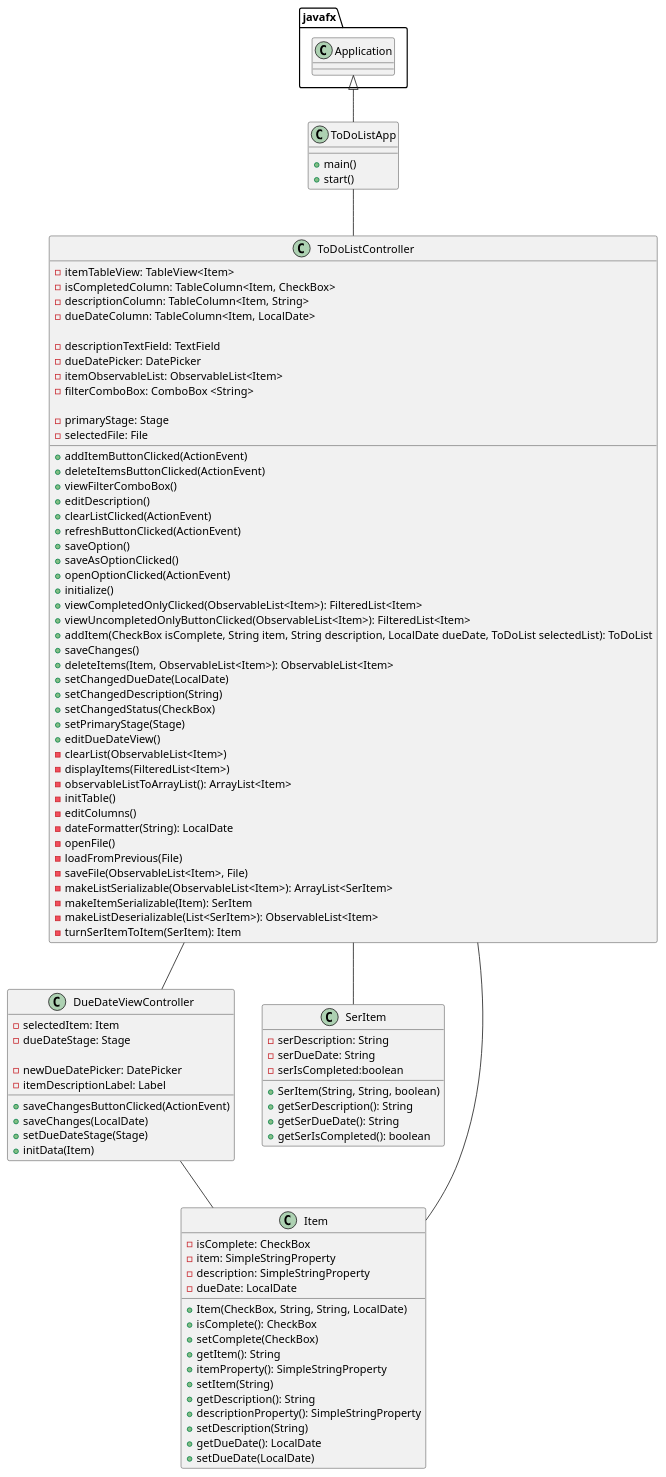
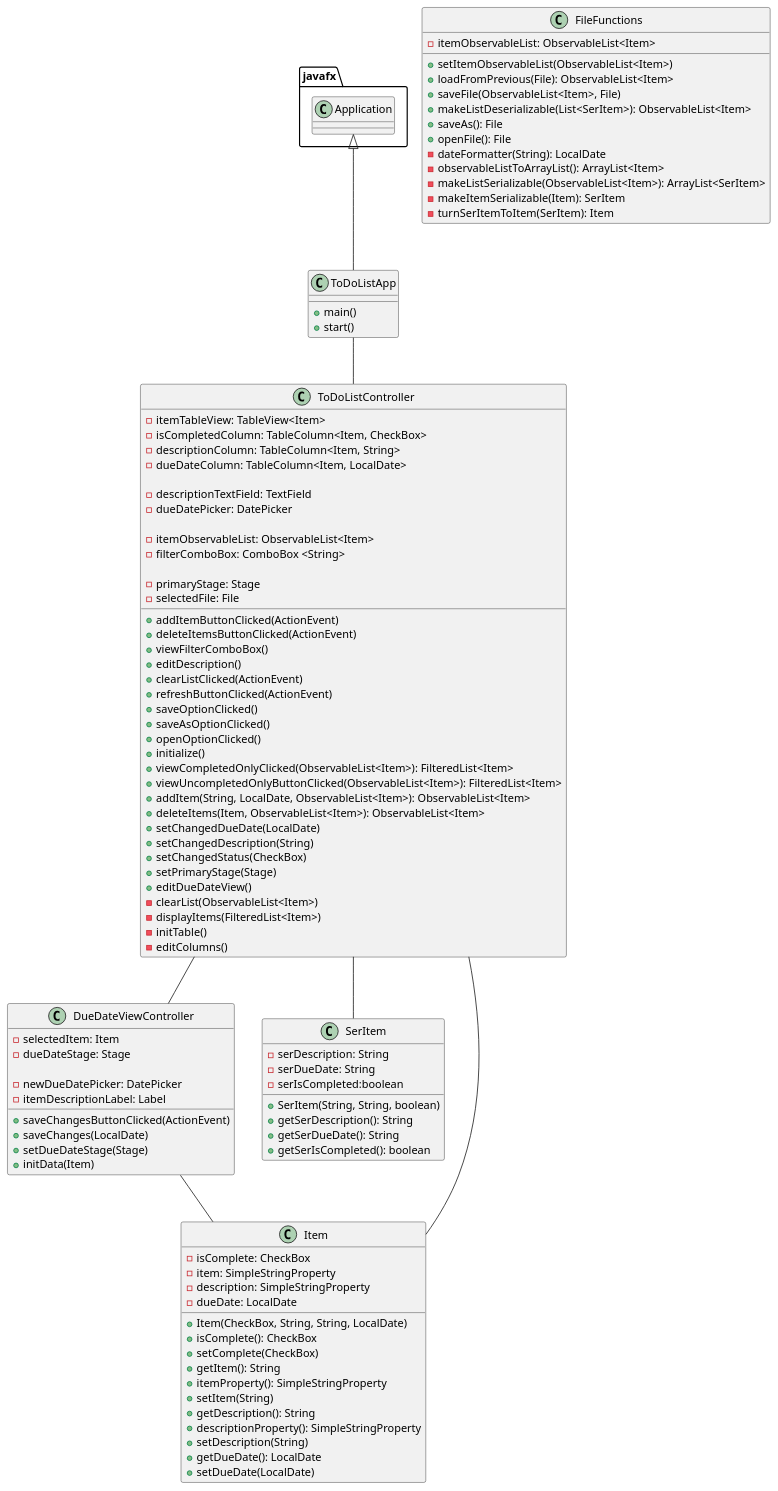
Before and after one commit to ivy-nguyen18/nguyen-cop3330-assignment4part2: the diagram in uml/ListManager.puml, drawn with PlantUML. The commit also changed 1 other file, not shown here.

Commit message:
updated plant uml, class FileFunctions added

```diff
--- a/uml/ListManager.puml
+++ b/uml/ListManager.puml
@@ -1,108 +1,115 @@
 @startuml
 'https://plantuml.com/class-diagram
 
 class ToDoListApp{
     + main()
     + start()
 }
 
 class ToDoListController{
     - itemTableView: TableView<Item>
     - isCompletedColumn: TableColumn<Item, CheckBox>
     - descriptionColumn: TableColumn<Item, String>
     - dueDateColumn: TableColumn<Item, LocalDate>
 
     - descriptionTextField: TextField
     - dueDatePicker: DatePicker
+
     - itemObservableList: ObservableList<Item>
     - filterComboBox: ComboBox <String>
 
     - primaryStage: Stage
     - selectedFile: File
 
     + addItemButtonClicked(ActionEvent)
     + deleteItemsButtonClicked(ActionEvent)
     + viewFilterComboBox()
     + editDescription()
     + clearListClicked(ActionEvent)
     + refreshButtonClicked(ActionEvent)
-    + saveOption()
+    + saveOptionClicked()
     + saveAsOptionClicked()
-    + openOptionClicked(ActionEvent)
+    + openOptionClicked()
     + initialize()
     + viewCompletedOnlyClicked(ObservableList<Item>): FilteredList<Item>
     + viewUncompletedOnlyButtonClicked(ObservableList<Item>): FilteredList<Item>
-    + addItem(CheckBox isComplete, String item, String description, LocalDate dueDate, ToDoList selectedList): ToDoList
-    + saveChanges()
+    + addItem(String, LocalDate, ObservableList<Item>): ObservableList<Item>
     + deleteItems(Item, ObservableList<Item>): ObservableList<Item>
     + setChangedDueDate(LocalDate)
     + setChangedDescription(String)
     + setChangedStatus(CheckBox)
     + setPrimaryStage(Stage)
     + editDueDateView()
     - clearList(ObservableList<Item>)
     - displayItems(FilteredList<Item>)
-    - observableListToArrayList(): ArrayList<Item>
     - initTable()
     - editColumns()
-    - dateFormatter(String): LocalDate
-    - openFile()
-    - loadFromPrevious(File)
-    - saveFile(ObservableList<Item>, File)
-    - makeListSerializable(ObservableList<Item>): ArrayList<SerItem>
-    - makeItemSerializable(Item): SerItem
-    - makeListDeserializable(List<SerItem>): ObservableList<Item>
-    - turnSerItemToItem(SerItem): Item
 }
 
 class DueDateViewController{
     - selectedItem: Item
     - dueDateStage: Stage
 
     - newDueDatePicker: DatePicker
     - itemDescriptionLabel: Label
 
     + saveChangesButtonClicked(ActionEvent)
     + saveChanges(LocalDate)
     + setDueDateStage(Stage)
     + initData(Item)
 }
 
 class SerItem{
     - serDescription: String
     - serDueDate: String
     - serIsCompleted:boolean
 
     + SerItem(String, String, boolean)
     + getSerDescription(): String
     + getSerDueDate(): String
     + getSerIsCompleted(): boolean
 }
 
 class Item{
     - isComplete: CheckBox
     - item: SimpleStringProperty
     - description: SimpleStringProperty
     - dueDate: LocalDate
 
     + Item(CheckBox, String, String, LocalDate)
     + isComplete(): CheckBox
     + setComplete(CheckBox)
     + getItem(): String
     + itemProperty(): SimpleStringProperty
     + setItem(String)
     + getDescription(): String
     + descriptionProperty(): SimpleStringProperty
     + setDescription(String)
     + getDueDate(): LocalDate
     + setDueDate(LocalDate)
 }
 
+class FileFunctions{
+    - itemObservableList: ObservableList<Item>
+
+    + setItemObservableList(ObservableList<Item>)
+    + loadFromPrevious(File): ObservableList<Item>
+    + saveFile(ObservableList<Item>, File)
+    + makeListDeserializable(List<SerItem>): ObservableList<Item>
+    + saveAs(): File
+    + openFile(): File
+    - dateFormatter(String): LocalDate
+    - observableListToArrayList(): ArrayList<Item>
+    - makeListSerializable(ObservableList<Item>): ArrayList<SerItem>
+    - makeItemSerializable(Item): SerItem
+    - turnSerItemToItem(SerItem): Item
+}
+
 javafx.Application <|-- ToDoListApp
 ToDoListApp -- ToDoListController
 ToDoListController -- Item
 DueDateViewController -- Item
 ToDoListController -- SerItem
 ToDoListController -- DueDateViewController
 
 @enduml
```
